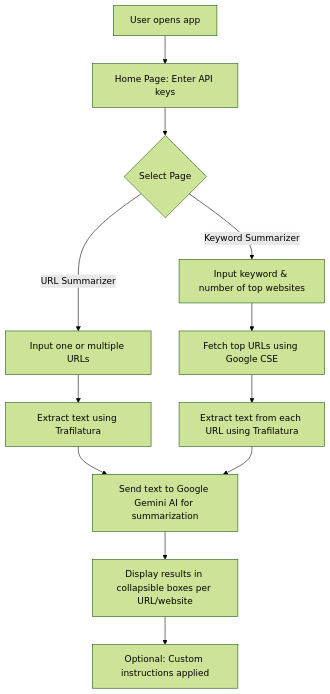
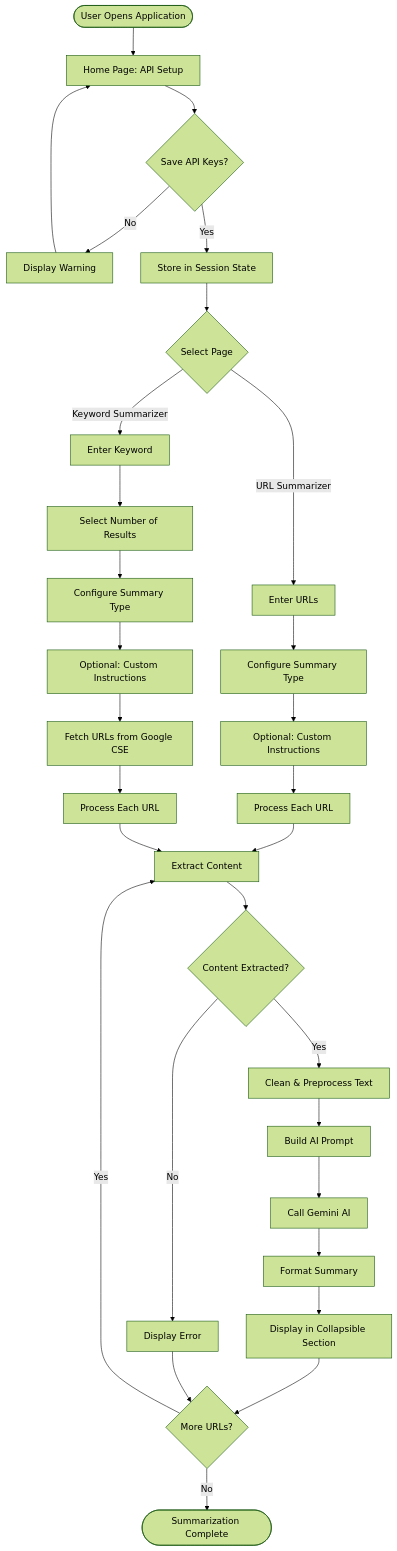
One commit to AkshayBasutkar/Web_Summary changed the second of 2 diagrams in README.md. Above: the diagram before and after it, drawn with Mermaid (forest theme). The commit also changed other lines of this file, not shown here.

Commit message:
Add comprehensive README with detailed system architecture, data flow, and workflow documentation

````diff
--- a/README.md
+++ b/README.md
@@ -101,17 +258,40 @@
 ```mermaid
 flowchart TD
-    A[User opens app] --> B[Home Page: Enter API keys]
-    B --> C{Select Page}
-    C -->|URL Summarizer| D[Input one or multiple URLs]
-    C -->|Keyword Summarizer| E[Input keyword & number of top websites]
-
-    D --> F[Extract text using Trafilatura]
-    E --> G[Fetch top URLs using Google CSE]
-    G --> H[Extract text from each URL using Trafilatura]
-
-    F --> I[Send text to Google Gemini AI for summarization]
-    H --> I
-
-    I --> J[Display results in collapsible boxes per URL/website]
-    J --> K[Optional: Custom instructions applied]
+    Start([User Opens Application]) --> Home[Home Page: API Setup]
+    Home --> SaveKeys{Save API Keys?}
+    SaveKeys -->|No| WaitKeys[Display Warning]
+    WaitKeys --> Home
+    SaveKeys -->|Yes| StoreKeys[Store in Session State]
+    StoreKeys --> SelectPage{Select Page}
+    
+    SelectPage -->|URL Summarizer| URLInput[Enter URLs]
+    SelectPage -->|Keyword Summarizer| KeywordInput[Enter Keyword]
+    
+    URLInput --> URLConfig[Configure Summary Type]
+    URLConfig --> URLCustom[Optional: Custom Instructions]
+    URLCustom --> URLProcess[Process Each URL]
+    
+    KeywordInput --> KeywordConfig[Select Number of Results]
+    KeywordConfig --> KeywordType[Configure Summary Type]
+    KeywordType --> KeywordCustom[Optional: Custom Instructions]
+    KeywordCustom --> SearchURLs[Fetch URLs from Google CSE]
+    SearchURLs --> KeywordProcess[Process Each URL]
+    
+    URLProcess --> Extract[Extract Content]
+    KeywordProcess --> Extract
+    
+    Extract --> Validate{Content Extracted?}
+    Validate -->|No| ShowError[Display Error]
+    Validate -->|Yes| Preprocess[Clean & Preprocess Text]
+    
+    Preprocess --> BuildPrompt[Build AI Prompt]
+    BuildPrompt --> Summarize[Call Gemini AI]
+    Summarize --> FormatOutput[Format Summary]
+    FormatOutput --> Display[Display in Collapsible Section]
+    
+    Display --> MoreURLs{More URLs?}
+    MoreURLs -->|Yes| Extract
+    MoreURLs -->|No| Complete([Summarization Complete])
+    
+    ShowError --> MoreURLs
 ```
````
